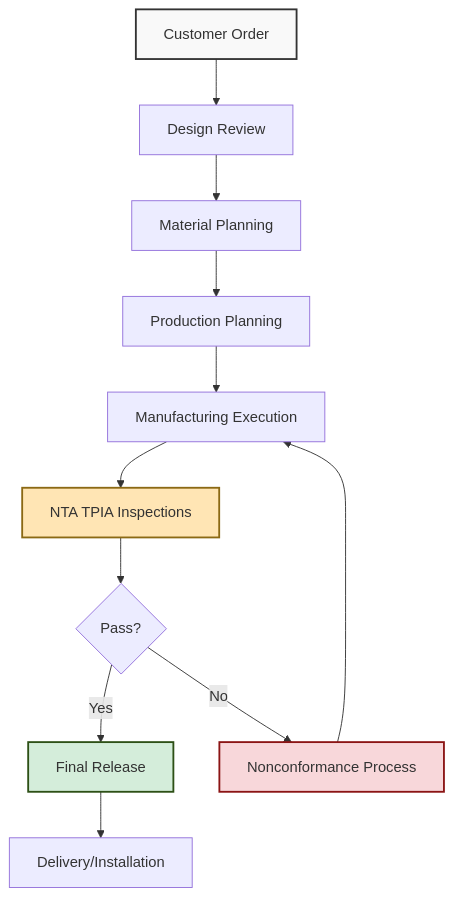
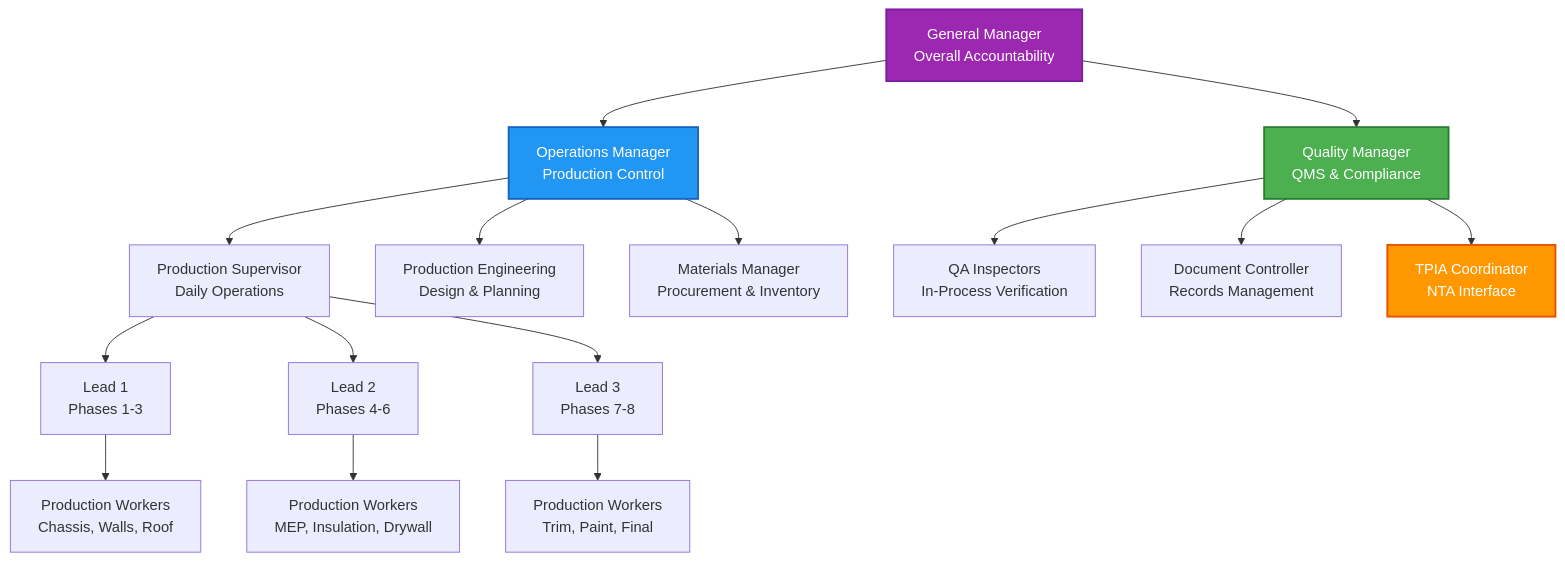
One commit to solidzdawg/fort-homes-qms changed the third of 3 diagrams in docs/manual/QMS-005-Operations.md. Above: the diagram before and after it, drawn with Mermaid. The commit also changed other lines of this file, not shown here.

Commit message:
Transform QMS-005 Operations into cutting-edge manual with advanced HTML5 visuals and comprehensive Mermaid diagrams

````diff
--- a/docs/manual/QMS-005-Operations.md
+++ b/docs/manual/QMS-005-Operations.md
@@ -73,18 +280,26 @@
 ```mermaid
 graph TD
-    A[Customer Order] --> B[Design Review]
-    B --> C[Material Planning]
-    C --> D[Production Planning]
-    D --> E[Manufacturing Execution]
-    E --> F[NTA TPIA Inspections]
-    F --> G{Pass?}
-    G -->|Yes| H[Final Release]
-    G -->|No| I[Nonconformance Process]
-    I --> E
-    H --> J[Delivery/Installation]
+    GM[General Manager<br>Overall Accountability] --> OM[Operations Manager<br>Production Control]
+    GM --> QM[Quality Manager<br>QMS & Compliance]
     
-    style A fill:#f9f9f9,stroke:#333,stroke-width:2px
-    style F fill:#FFE5B4,stroke:#8B6914,stroke-width:2px
-    style H fill:#D4EDDA,stroke:#2D5016,stroke-width:2px
-    style I fill:#F8D7DA,stroke:#8B1414,stroke-width:2px
+    OM --> PS[Production Supervisor<br>Daily Operations]
+    OM --> PE[Production Engineering<br>Design & Planning]
+    OM --> MM[Materials Manager<br>Procurement & Inventory]
+    
+    QM --> QI[QA Inspectors<br>In-Process Verification]
+    QM --> DC[Document Controller<br>Records Management]
+    QM --> TPIA[TPIA Coordinator<br>NTA Interface]
+    
+    PS --> L1[Lead 1<br>Phases 1-3]
+    PS --> L2[Lead 2<br>Phases 4-6]
+    PS --> L3[Lead 3<br>Phases 7-8]
+    
+    L1 --> PW1[Production Workers<br>Chassis, Walls, Roof]
+    L2 --> PW2[Production Workers<br>MEP, Insulation, Drywall]
+    L3 --> PW3[Production Workers<br>Trim, Paint, Final]
+    
+    style GM fill:#9C27B0,stroke:#7B1FA2,color:#fff,stroke-width:2px
+    style OM fill:#2196F3,stroke:#1565C0,color:#fff,stroke-width:2px
+    style QM fill:#4CAF50,stroke:#2E7D32,color:#fff,stroke-width:2px
+    style TPIA fill:#FF9800,stroke:#E65100,color:#fff,stroke-width:2px
 ```
````
